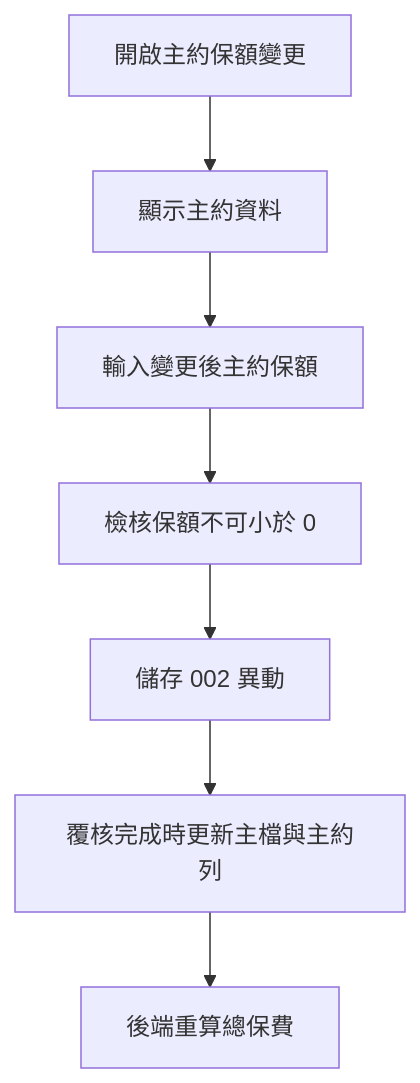
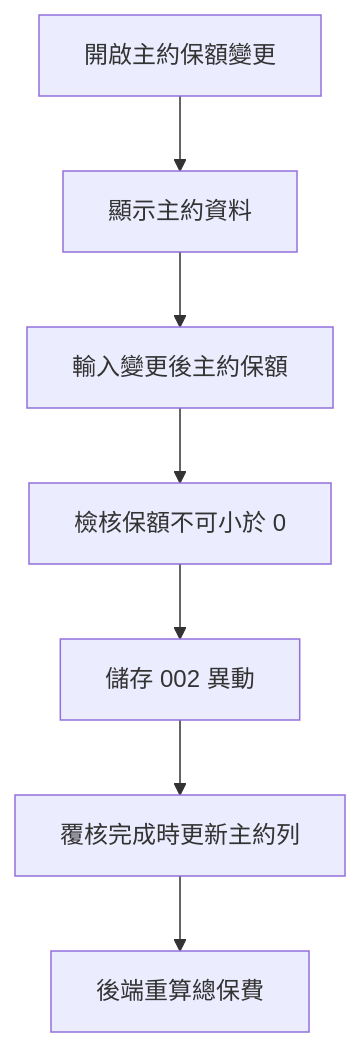
One commit to lin-chia-ying0630/pos-web changed the third of 6 diagrams in readme.md. Above: the diagram before and after it, drawn with Mermaid. The commit also changed other lines of this file and 35 other files, not shown here.

````diff
--- a/readme.md
+++ b/readme.md
@@ -88,9 +115,9 @@
 ```mermaid
 flowchart TD
     A["開啟主約保額變更"] --> B["顯示主約資料"]
     B --> C["輸入變更後主約保額"]
     C --> D["檢核保額不可小於 0"]
     D --> E["儲存 002 異動"]
-    E --> F["覆核完成時更新主檔與主約列"]
+    E --> F["覆核完成時更新主約列"]
     F --> G["後端重算總保費"]
 ```
````
